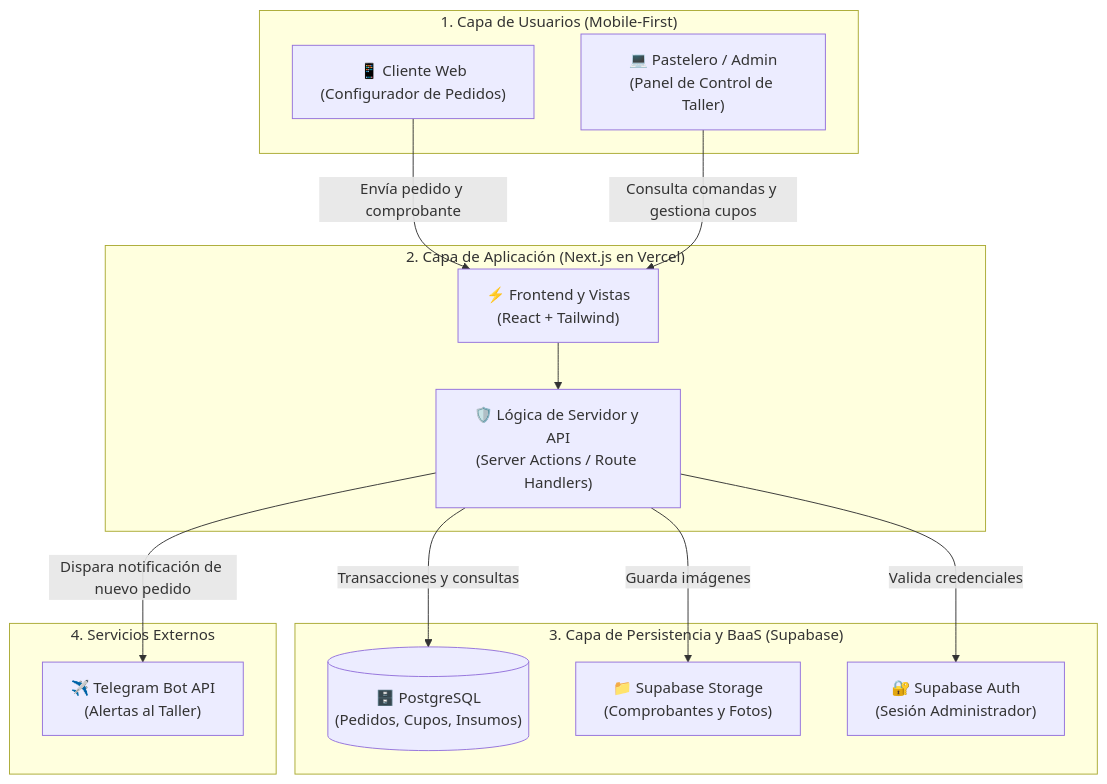
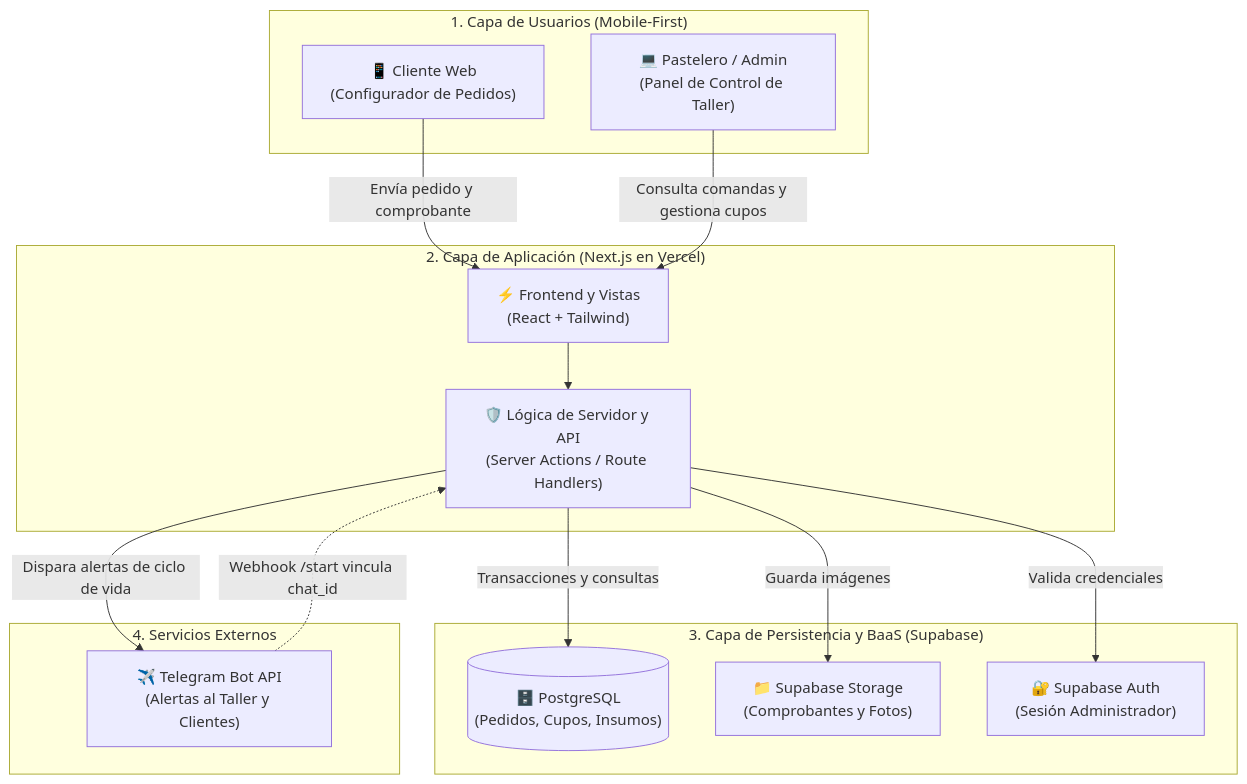
One commit to til-unca-2026/pasteleria-yonatanAhumada changed the first of 3 diagrams in docs/05-metodologia.md. Above: the diagram before and after it, drawn with Mermaid. The commit also changed other lines of this file, not shown here.

Commit message:
docs: actualizar arquitectura y diagrama ER con webhook y telegram_chat_id (#18)

````diff
--- a/docs/05-metodologia.md
+++ b/docs/05-metodologia.md
@@ -27,32 +27,33 @@
 ```mermaid
 flowchart TD
     subgraph CLIENTES["1. Capa de Usuarios (Mobile-First)"]
         A1["📱 Cliente Web<br/>(Configurador de Pedidos)"]
         A2["💻 Pastelero / Admin<br/>(Panel de Control de Taller)"]
     end
 
     subgraph APLICACION["2. Capa de Aplicación (Next.js en Vercel)"]
         B1["⚡ Frontend y Vistas<br/>(React + Tailwind)"]
         B2["🛡️ Lógica de Servidor y API<br/>(Server Actions / Route Handlers)"]
         B1 --> B2
     end
 
     subgraph SERVICIOS["3. Capa de Persistencia y BaaS (Supabase)"]
         C1[("🗄️ PostgreSQL<br/>(Pedidos, Cupos, Insumos)")]
         C2["📁 Supabase Storage<br/>(Comprobantes y Fotos)"]
         C3["🔐 Supabase Auth<br/>(Sesión Administrador)"]
     end
 
     subgraph MENSAJERIA["4. Servicios Externos"]
-        D["✈️ Telegram Bot API<br/>(Alertas al Taller)"]
+        D["✈️ Telegram Bot API<br/>(Alertas al Taller y Clientes)"]
     end
 
     %% Conexiones
     A1 -->|Envía pedido y comprobante| B1
     A2 -->|Consulta comandas y gestiona cupos| B1
 
     B2 -->|Transacciones y consultas| C1
     B2 -->|Guarda imágenes| C2
     B2 -->|Valida credenciales| C3
-    B2 -->|Dispara notificación de nuevo pedido| D
+    B2 -->|Dispara alertas de ciclo de vida| D
+    D -.->|Webhook /start vincula chat_id| B2
 ```
````
